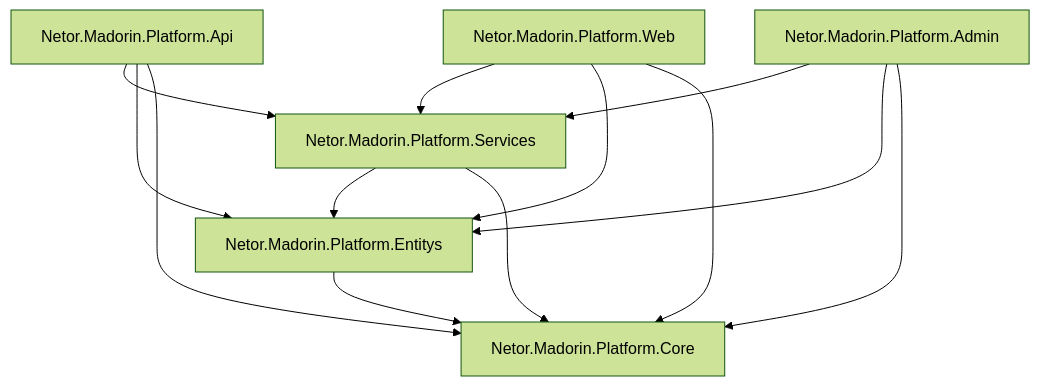
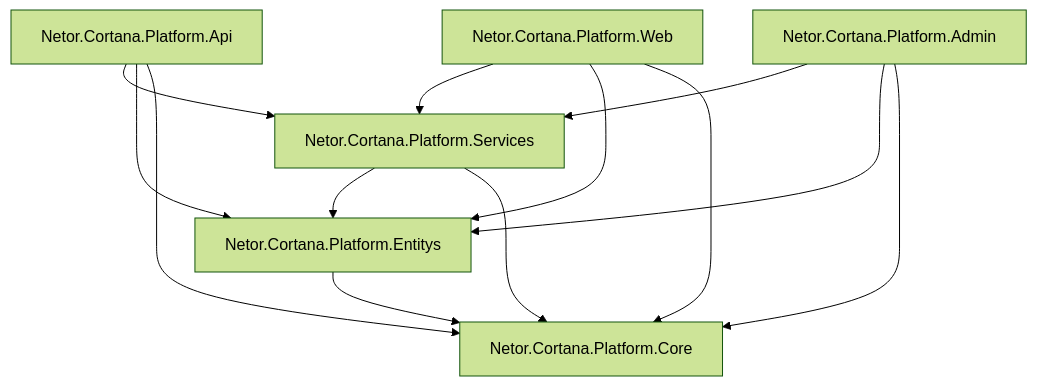
Before and after one commit to sunyonghuan/Netor.Madorin: the diagram in Docs/未来版本策划/运营平台/18-第一阶段项目依赖关系与模块边界.md, drawn with Mermaid (forest theme). The commit also changed other lines of this file and 128 other files, not shown here.

````diff
--- a/Docs/未来版本策划/运营平台/18-第一阶段项目依赖关系与模块边界.md
+++ b/Docs/未来版本策划/运营平台/18-第一阶段项目依赖关系与模块边界.md
@@ -22,26 +22,26 @@
 ```mermaid
 flowchart TB
-    Api[Netor.Madorin.Platform.Api]
-    Web[Netor.Madorin.Platform.Web]
-    Admin[Netor.Madorin.Platform.Admin]
+    Api[Netor.Cortana.Platform.Api]
+    Web[Netor.Cortana.Platform.Web]
+    Admin[Netor.Cortana.Platform.Admin]
 
-    Services[Netor.Madorin.Platform.Services]
-    Entitys[Netor.Madorin.Platform.Entitys]
-    Core[Netor.Madorin.Platform.Core]
+    Services[Netor.Cortana.Platform.Services]
+    Entitys[Netor.Cortana.Platform.Entitys]
+    Core[Netor.Cortana.Platform.Core]
 
     Api --> Services
     Api --> Entitys
     Api --> Core
 
     Web --> Services
     Web --> Entitys
     Web --> Core
 
     Admin --> Services
     Admin --> Entitys
     Admin --> Core
 
     Services --> Entitys
     Services --> Core
     Entitys --> Core
 ```
````
